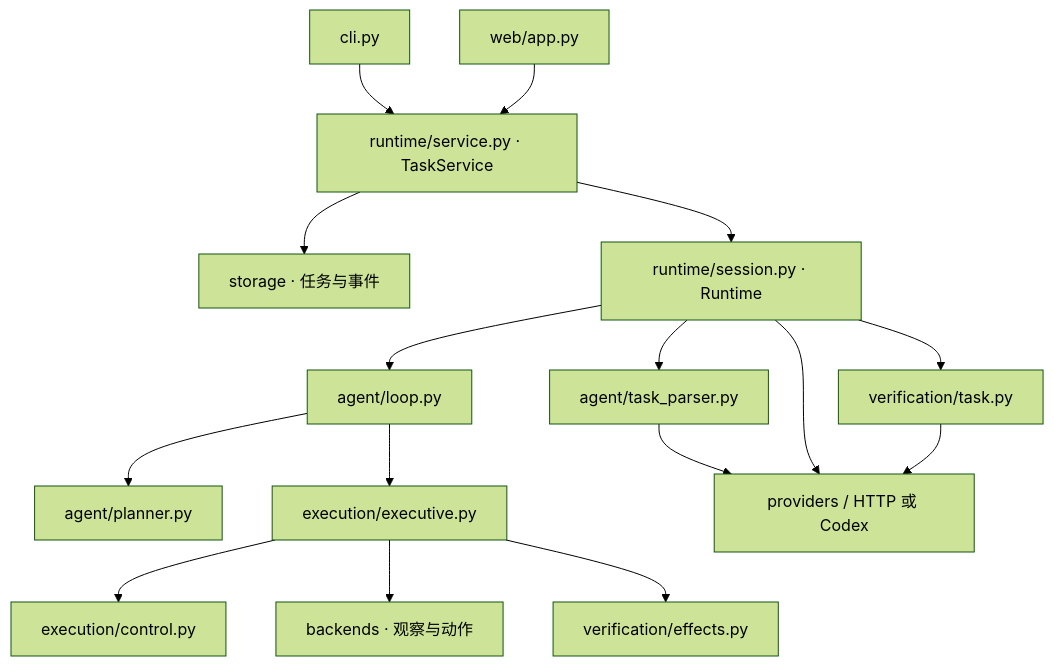
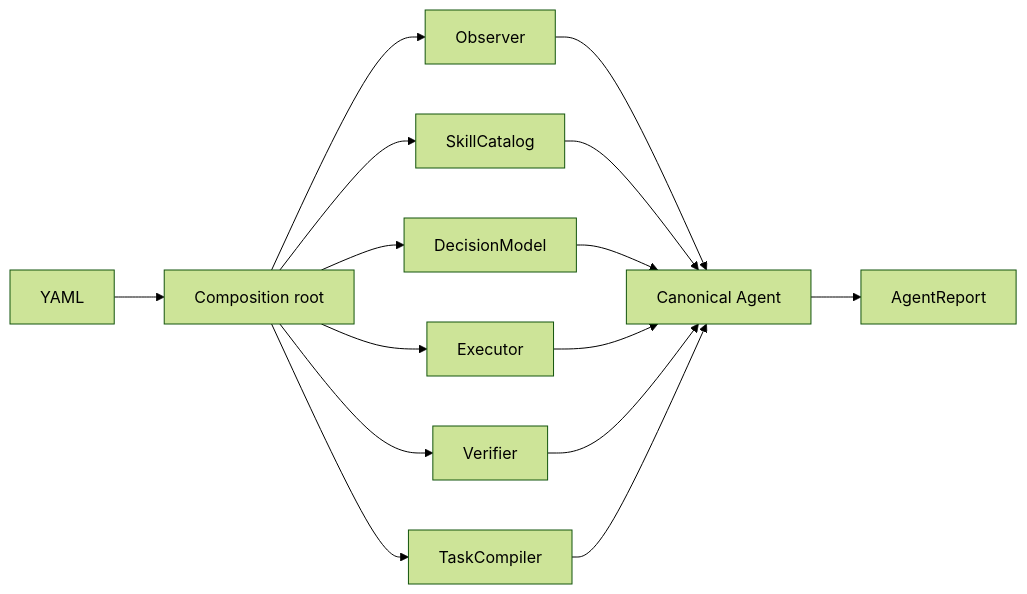
One commit to qianyuhang16/HumanoidAgent changed the diagram in docs/architecture.md. Above: the diagram before and after it, drawn with Mermaid (forest theme). The commit also changed other lines of this file and 124 other files, not shown here.

Commit message:
refactor: establish canonical contract-driven agent

````diff
--- a/docs/architecture.md
+++ b/docs/architecture.md
@@ -90,18 +22,17 @@
 ```mermaid
-flowchart TD
-    CLI[cli.py] --> Service[runtime/service.py · TaskService]
-    Web[web/app.py] --> Service
-    Service --> Storage[storage · 任务与事件]
-    Service --> Session[runtime/session.py · Runtime]
-    Session --> Parser[agent/task_parser.py]
-    Session --> Loop[agent/loop.py]
-    Loop --> Planner[agent/planner.py]
-    Loop --> Executive[execution/executive.py]
-    Executive --> Control[execution/control.py]
-    Executive --> Backend[backends · 观察与动作]
-    Executive --> Effects[verification/effects.py]
-    Session --> Verdict[verification/task.py]
-    Parser --> VLM[providers / HTTP 或 Codex]
-    Session --> VLM
-    Verdict --> VLM
+flowchart LR
+  Y[YAML] --> C[Composition root]
+  C --> O[Observer]
+  C --> S[SkillCatalog]
+  C --> D[DecisionModel]
+  C --> E[Executor]
+  C --> V[Verifier]
+  C --> T[TaskCompiler]
+  O --> A[Canonical Agent]
+  S --> A
+  D --> A
+  E --> A
+  V --> A
+  T --> A
+  A --> R[AgentReport]
 ```
````
